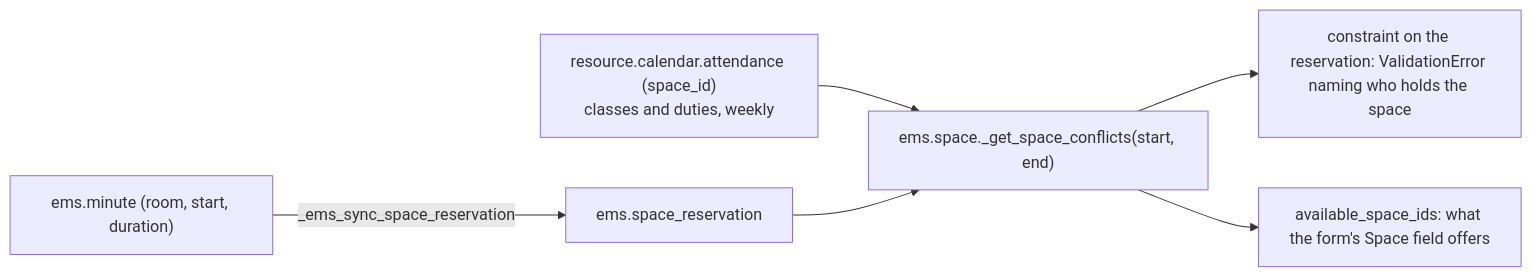
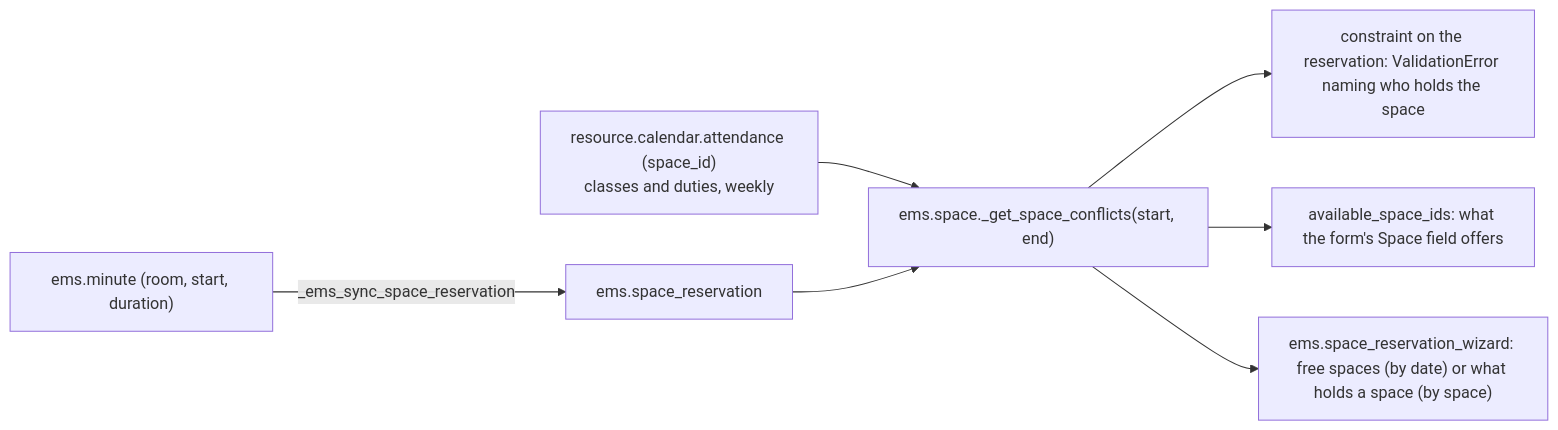
The diagram in docs/en/developers/facilities/space_reservation.md (ElPuig/EMS), drawn with Mermaid before and after one commit. The commit also changed other lines of this file and 19 other files, not shown here.

Commit message:
Space reservation: wizard by date or by space, reservable spaces, no calendar (#475)

````diff
--- a/docs/en/developers/facilities/space_reservation.md
+++ b/docs/en/developers/facilities/space_reservation.md
@@ -10,8 +10,9 @@
 ```mermaid
 flowchart LR
     BLK["resource.calendar.attendance (space_id)<br/>classes and duties, weekly"] --> ENG
     RES["ems.space_reservation"] --> ENG["ems.space._get_space_conflicts(start, end)"]
     MIN["ems.minute (room, start, duration)"] -->|_ems_sync_space_reservation| RES
     ENG --> CON["constraint on the reservation: ValidationError naming who holds the space"]
     ENG --> AVL["available_space_ids: what the form's Space field offers"]
+    ENG --> WIZ["ems.space_reservation_wizard: free spaces (by date) or what holds a space (by space)"]
 ```
````
